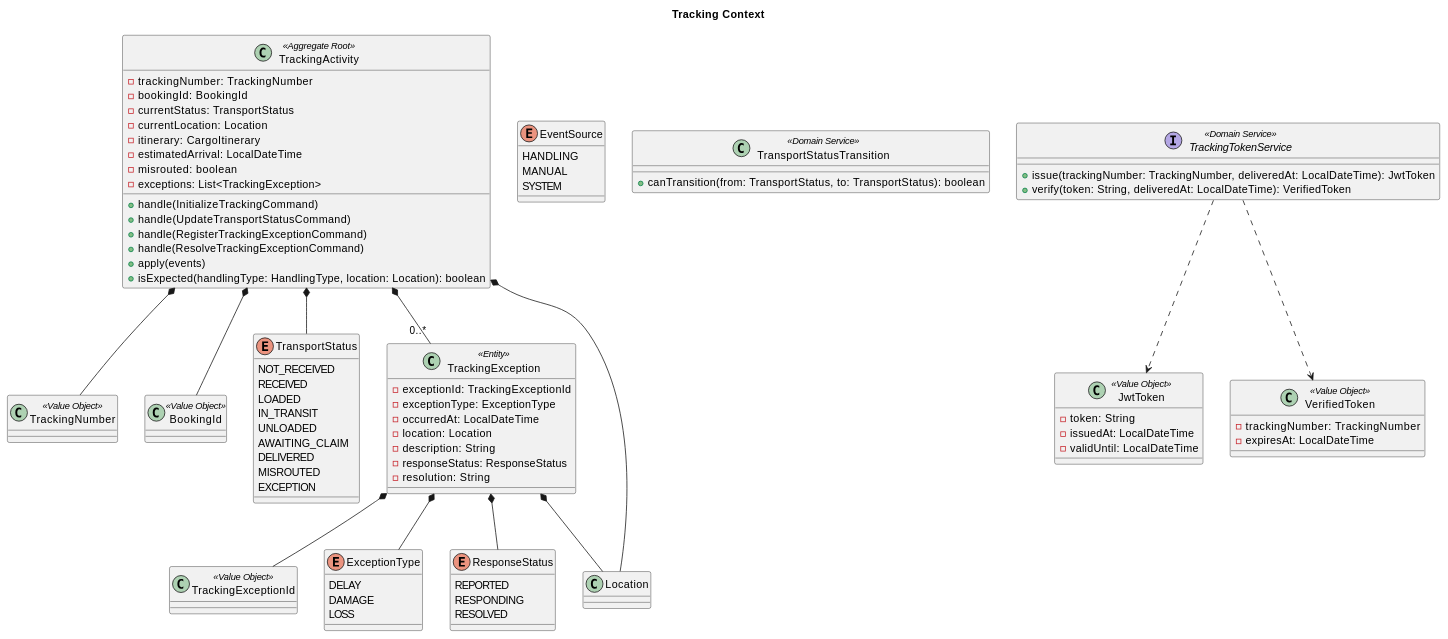
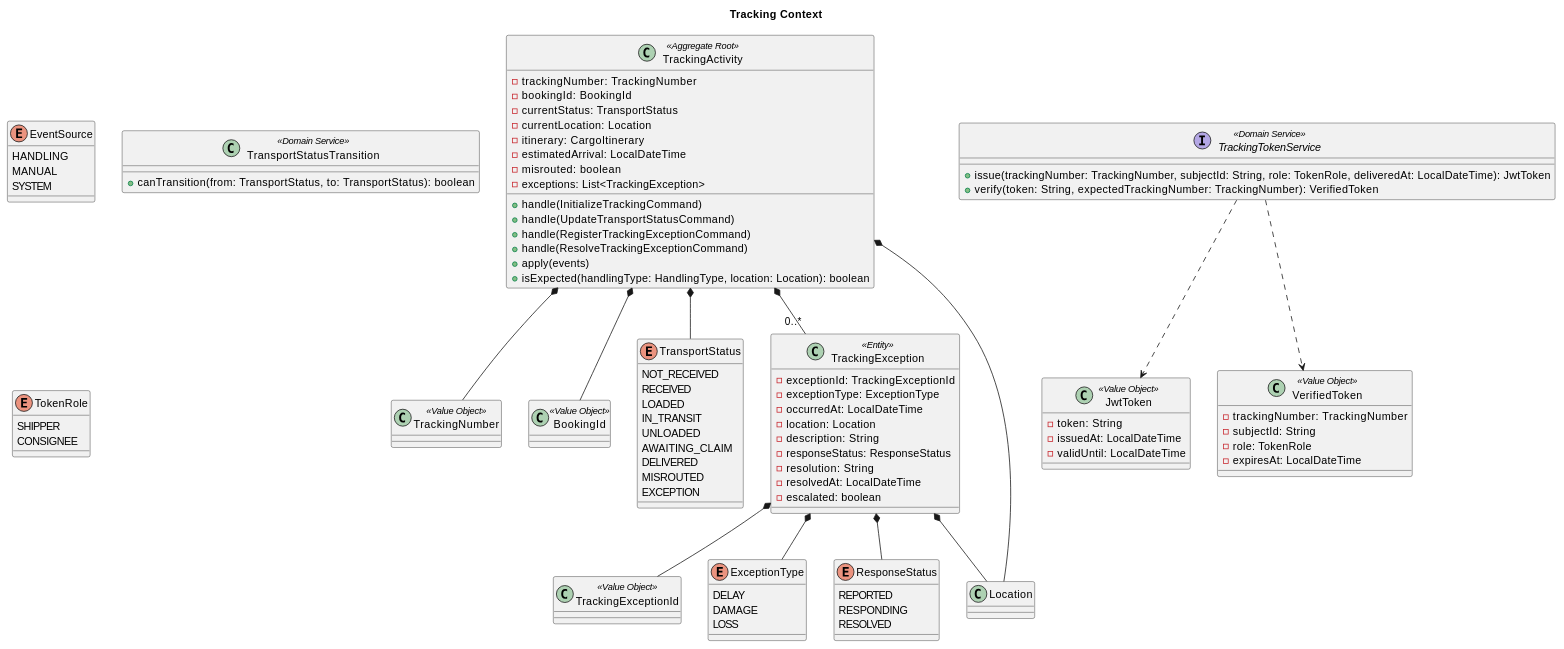
Before and after one commit to k2works/case-study-cargo-tracker: the sixth of 12 diagrams in docs/design/domain-model.md, drawn with PlantUML. The commit also changed 3 other files, not shown here.

```diff
--- a/docs/design/domain-model.md
+++ b/docs/design/domain-model.md
@@ -682,6 +682,8 @@
   - description: String
   - responseStatus: ResponseStatus
   - resolution: String
+  - resolvedAt: LocalDateTime
+  - escalated: boolean
 }
 
 class TrackingExceptionId <<Value Object>>
@@ -709,8 +711,8 @@
 }
 
 interface TrackingTokenService <<Domain Service>> {
-  + issue(trackingNumber: TrackingNumber, deliveredAt: LocalDateTime): JwtToken
-  + verify(token: String, deliveredAt: LocalDateTime): VerifiedToken
+  + issue(trackingNumber: TrackingNumber, subjectId: String, role: TokenRole, deliveredAt: LocalDateTime): JwtToken
+  + verify(token: String, expectedTrackingNumber: TrackingNumber): VerifiedToken
 }
 
 class JwtToken <<Value Object>> {
@@ -721,7 +723,14 @@
 
 class VerifiedToken <<Value Object>> {
   - trackingNumber: TrackingNumber
+  - subjectId: String
+  - role: TokenRole
   - expiresAt: LocalDateTime
+}
+
+enum TokenRole {
+  SHIPPER
+  CONSIGNEE
 }
 
 TrackingActivity *-- TrackingNumber
```
